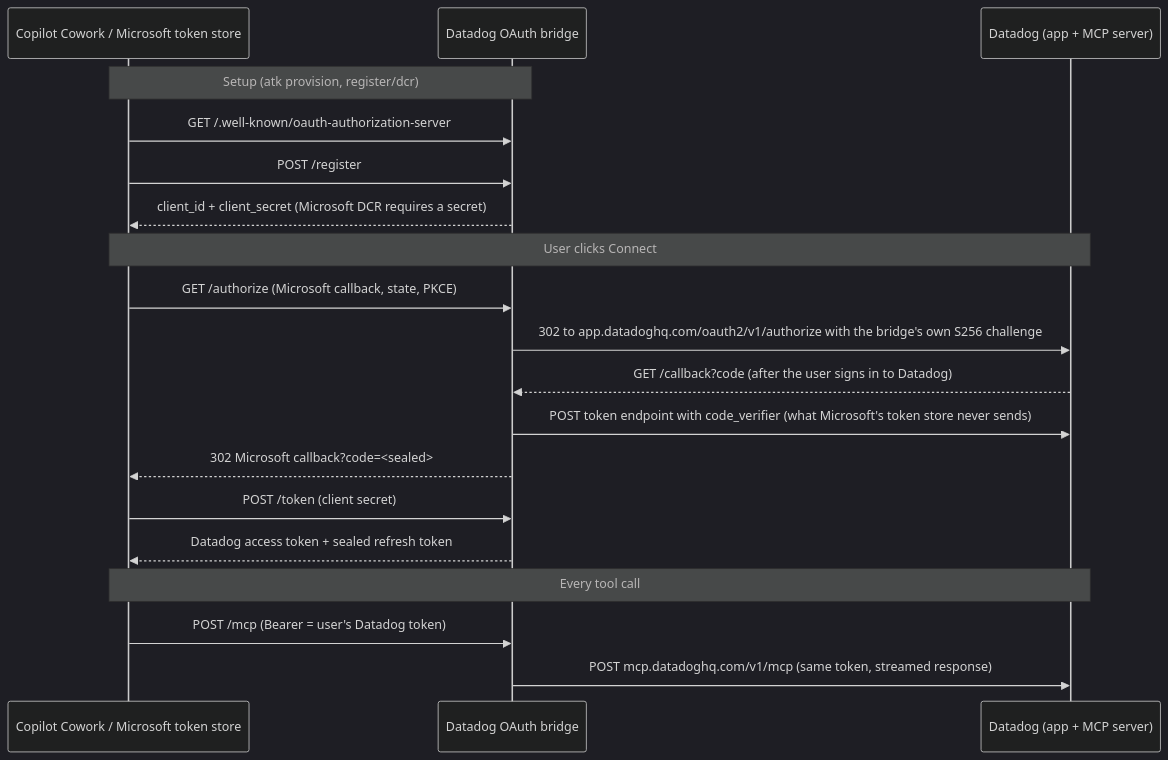
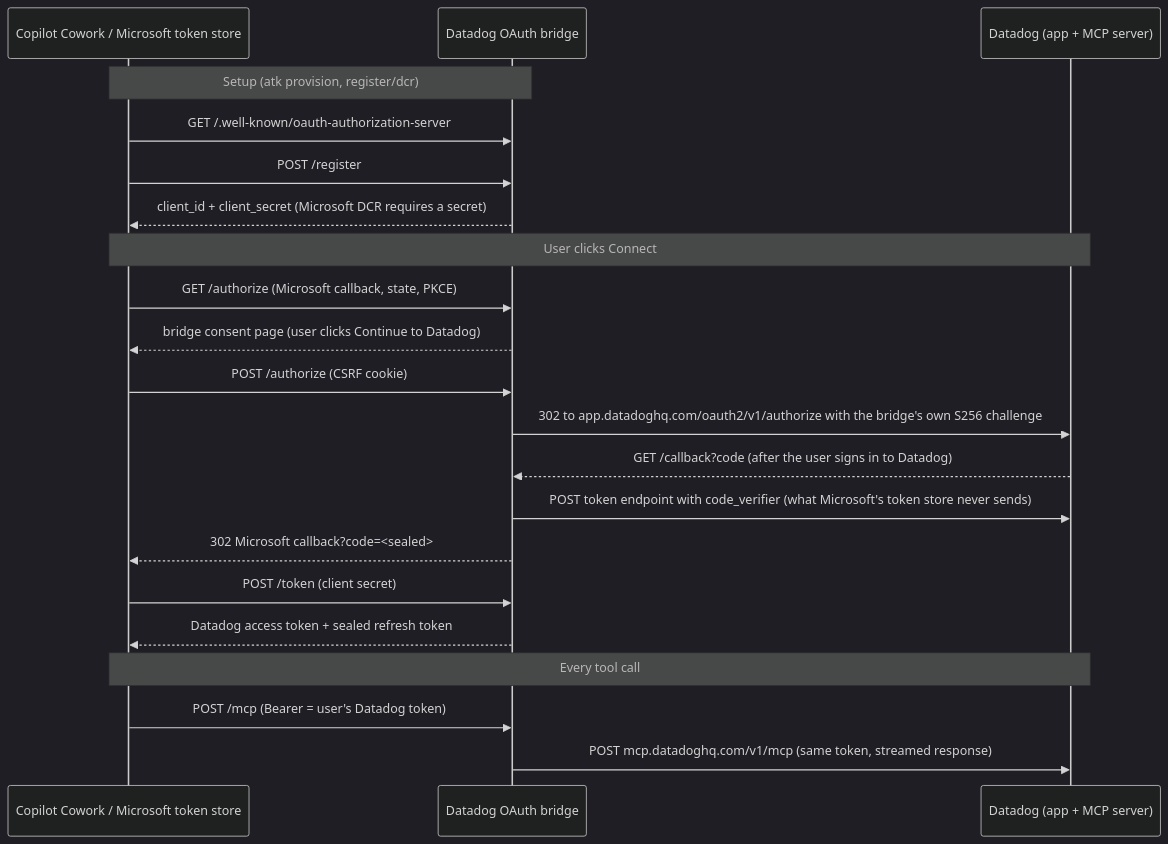
One commit to datadog-labs/copilot-plugin changed the diagram in cowork-v1.4/bridge/README.md. Above: the diagram before and after it, drawn with Mermaid (dark theme). The commit also changed other lines of this file and 9 other files, not shown here.

First line of the commit message:
Bridge: consent page, browser binding, and review fixes; builder tests restored

````diff
--- a/cowork-v1.4/bridge/README.md
+++ b/cowork-v1.4/bridge/README.md
@@ -14,21 +14,23 @@
 ```mermaid
 sequenceDiagram
   participant C as Copilot Cowork / Microsoft token store
   participant B as Datadog OAuth bridge
   participant D as Datadog (app + MCP server)
   Note over C,B: Setup (atk provision, register/dcr)
   C->>B: GET /.well-known/oauth-authorization-server
   C->>B: POST /register
   B-->>C: client_id + client_secret (Microsoft DCR requires a secret)
   Note over C,D: User clicks Connect
   C->>B: GET /authorize (Microsoft callback, state, PKCE)
+  B-->>C: bridge consent page (user clicks Continue to Datadog)
+  C->>B: POST /authorize (CSRF cookie)
   B->>D: 302 to app.datadoghq.com/oauth2/v1/authorize with the bridge's own S256 challenge
   D-->>B: GET /callback?code (after the user signs in to Datadog)
   B->>D: POST token endpoint with code_verifier (what Microsoft's token store never sends)
   B-->>C: 302 Microsoft callback?code=<sealed>
   C->>B: POST /token (client secret)
   B-->>C: Datadog access token + sealed refresh token
   Note over C,D: Every tool call
   C->>B: POST /mcp (Bearer = user's Datadog token)
   B->>D: POST mcp.datadoghq.com/v1/mcp (same token, streamed response)
 ```
````
